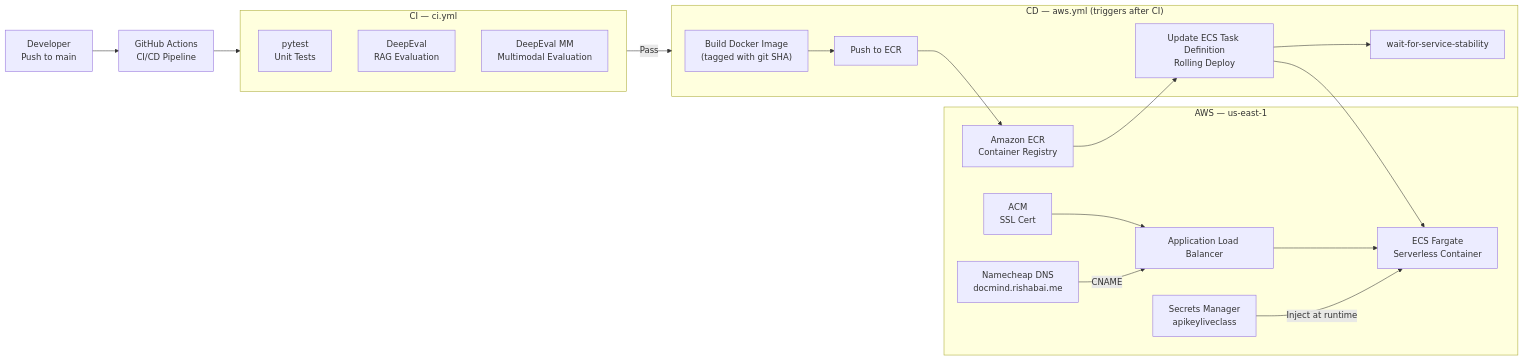
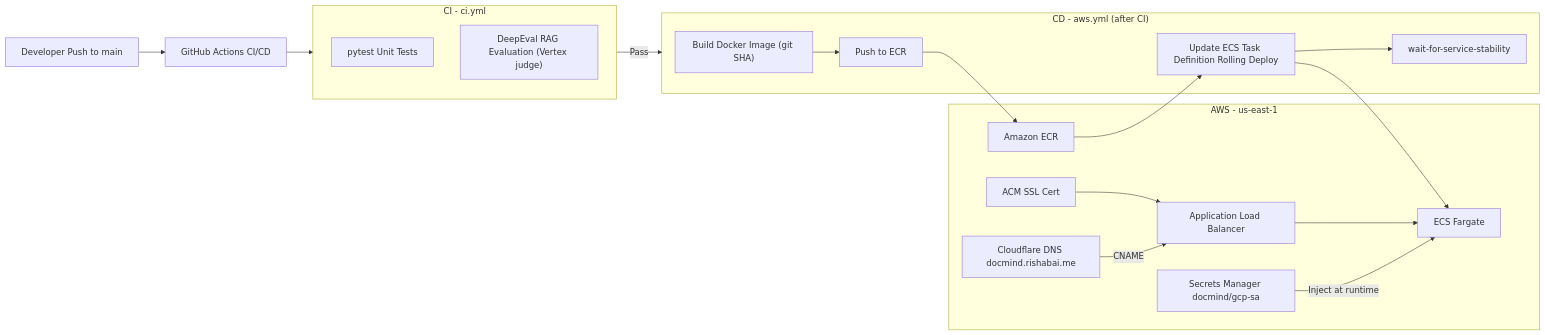
The second of 2 diagrams in README.md (Rishab-Panwar/DocMind), drawn with Mermaid before and after one commit. The commit also changed other lines of this file, not shown here.

Commit message:
docs: rewrite README for DocMind (Vertex-only, open app, table compute, Added/Removed compare)

````diff
--- a/README.md
+++ b/README.md
@@ -118,38 +130,37 @@
 ```mermaid
 graph LR
-    Dev["Developer\nPush to main"] --> GH["GitHub Actions\nCI/CD Pipeline"]
+    Dev["Developer Push to main"] --> GH["GitHub Actions CI/CD"]
 
-    subgraph CI["CI — ci.yml"]
-        Tests["pytest\nUnit Tests"]
-        DE["DeepEval\nRAG Evaluation"]
-        DEMM["DeepEval MM\nMultimodal Evaluation"]
+    subgraph CI["CI - ci.yml"]
+        Tests["pytest Unit Tests"]
+        DE["DeepEval RAG Evaluation (Vertex judge)"]
     end
 
-    subgraph CD["CD — aws.yml (triggers after CI)"]
-        Build["Build Docker Image\n(tagged with git SHA)"]
+    subgraph CD["CD - aws.yml (after CI)"]
+        Build["Build Docker Image (git SHA)"]
         Push["Push to ECR"]
-        Deploy["Update ECS Task Definition\nRolling Deploy"]
+        Deploy["Update ECS Task Definition Rolling Deploy"]
         Wait["wait-for-service-stability"]
     end
 
-    subgraph AWSInfra["AWS — us-east-1"]
-        ECR2["Amazon ECR\nContainer Registry"]
-        ECS2["ECS Fargate\nServerless Container"]
+    subgraph AWSInfra["AWS - us-east-1"]
+        ECR2["Amazon ECR"]
+        ECS2["ECS Fargate"]
         ALB2["Application Load Balancer"]
-        SM2["Secrets Manager\napikeyliveclass"]
-        ACM2["ACM\nSSL Cert"]
-        Route53["Namecheap DNS\ndocmind.rishabai.me"]
+        SM2["Secrets Manager docmind/gcp-sa"]
+        ACM2["ACM SSL Cert"]
+        DNS["Cloudflare DNS docmind.rishabai.me"]
     end
 
     GH --> CI
     CI -->|Pass| CD
     Build --> Push
     Push --> ECR2
     ECR2 --> Deploy
     Deploy --> ECS2
     Deploy --> Wait
     ALB2 --> ECS2
     ACM2 --> ALB2
-    Route53 -->|CNAME| ALB2
+    DNS -->|CNAME| ALB2
     SM2 -->|Inject at runtime| ECS2
 ```
````
